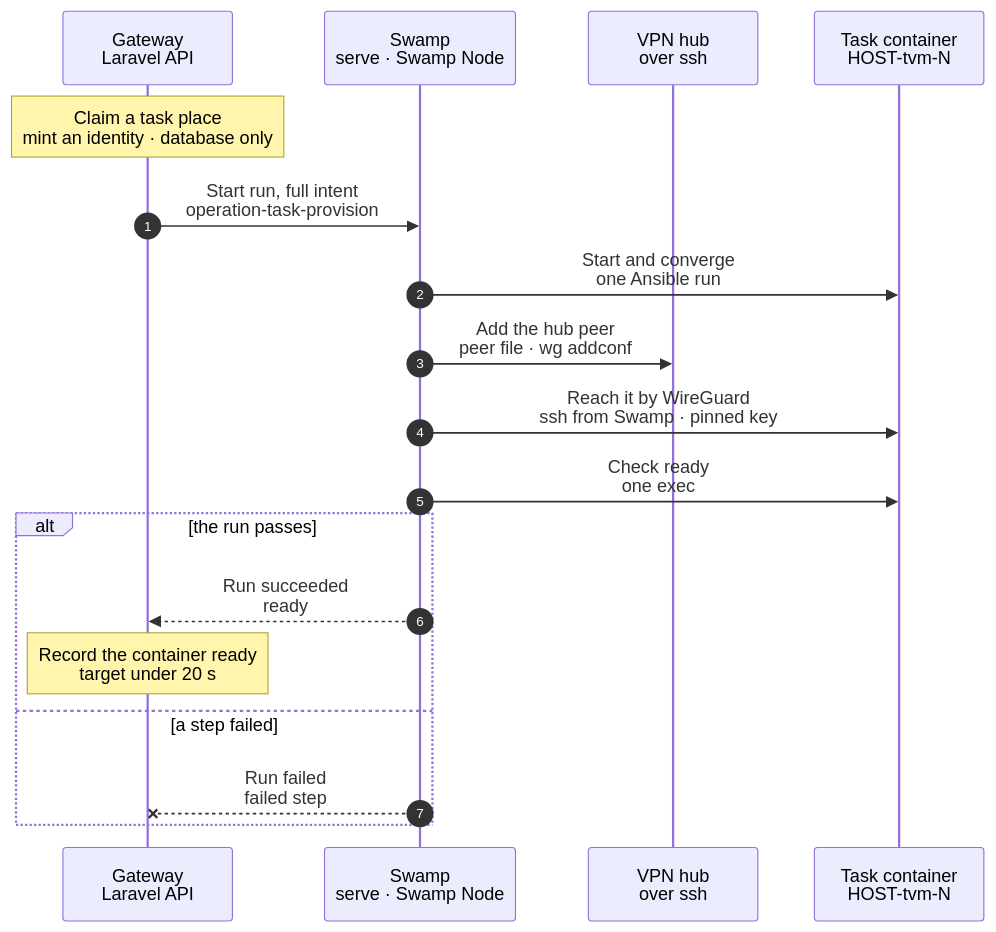
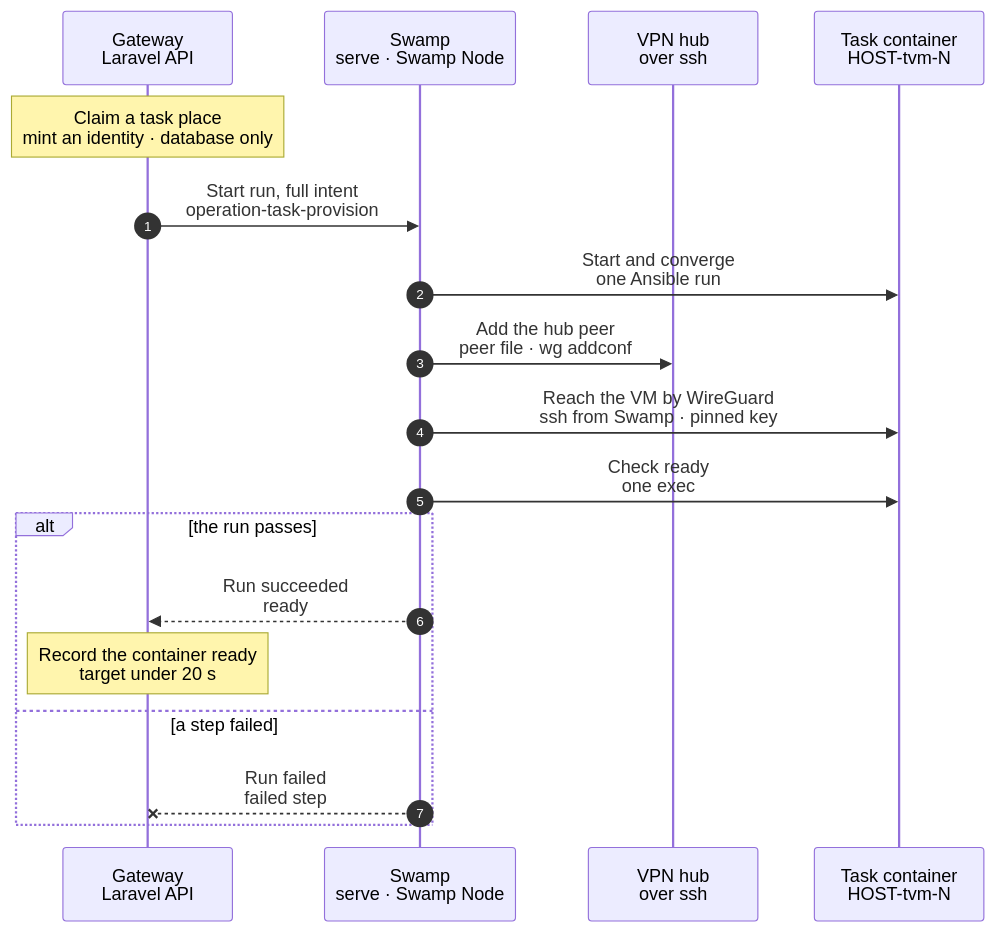
One commit to hardimpactdev/orbit changed the diagram in docs/cli/task/container/start.mmd. Above: the diagram before and after it, drawn with Mermaid. The commit also changed 7 other files, not shown here.

First line of the commit message:
docs: fix the task container spec after its independent review

```diff
--- a/docs/cli/task/container/start.mmd
+++ b/docs/cli/task/container/start.mmd
@@ -1,56 +1,59 @@
 sequenceDiagram
   %% Target design, container runtime (ADR 0250 step 3, docs/reference/task-containers.md): on a host whose `settings.task_vms.runtime` is `container`, a task start copies the host's base container snapshot instead of the base VM snapshot. The workflow and its step names stay those of docs/cli/task/start.mmd; the intent carries `runtime: container`, and the Ansible parts branch on it. The container keeps the task VM's Node identity until ADR 0250 step 6 (open question 1 of docs/solutions/task-container-runtime.md).
   %% status: draft
   %% command: task:start
   %% kind: tasks.provision
   autonumber
   %% lane GW icon=gateway pill=intent tone=blue
   %% lane SW icon=workflow pill=executes tone=green
   %% lane HUB icon=server pill=target tone=purple
-  %% lane TC icon=server pill=task container tone=purple
+  %% lane TC icon=server pill=target tone=purple
   participant GW as Gateway<br/>Laravel API
   participant SW as Swamp<br/>serve · Swamp Node
   participant HUB as VPN hub<br/>over ssh
   participant TC as Task container<br/>HOST-tvm-N
   Note over GW: Claim a task place<br/>mint an identity · database only
   %%> Started by:
   %%> - `task:start` for a todo group, a proof, a build, a fix turn or a review round
   %%> Requirements:
   %%> - a host whose `settings.task_vms.runtime` is `container`, a free place in the pool the request uses, and a base snapshot that a refresh of this runtime promoted on that host
   %%> Result:
   %%> - the same records as a task VM start: the slot `HOST-tvm-N`, the Node with its `app-dev` role, a WireGuard key pair in the reserved range, the agent secret and an SSH host key, pinned on the Node
   %%> - the claim's Pi token and Pi models file in the vault; the models file holds the model router guard origin and the one fixed model key
   %%> - the intent records `runtime: container`; the row keeps it, so the release and the sweep take the same path later
   GW->>SW: Start run, full intent<br/>operation-task-provision
   SW->>TC: Start and converge<br/>one Ansible run
   %%> What it does:
   %%> - one `ansible-playbook` run, two parts, as for a task VM
   %%> - host part on the container host: `incus copy` of the base container's recorded snapshot to `HOST-tvm-N` (a ZFS clone, about 0.5 s); the copy carries the inner Incus with the nested fleet and its `base` snapshots in the inner directory pool, so there is no seed volume to clone
   %%> - it pushes the identity and the claim into the stopped copy with `incus file push` from stdin: the WireGuard key and config, the SSH host key, the agent secret and config, the Pi unit, token and models file; no identity volume and no boot unit that applies one
-  %%> - it sets `limits.cpu`, `limits.memory` and the root disk size of the place, then `incus start`; the outer container boots in about a second, and the nested containers start by themselves
+  %%> - the base enables the tunnel, the agent and the Pi unit with `ConditionPathExists=` on their identity files, so they start at the copy's first boot; Incus sets the hostname from the container's name
+  %%> - it refuses a copy with any device beyond its root disk and NIC, sets `limits.cpu`, `limits.memory`, the root disk size of the place and `boot.autostart=true`, then `incus start`; the outer container boots in about a second, and the nested containers start by themselves
   %%> - converge part over WireGuard: the converge of the release refresh, a no-op on a current base, then the new task branch on the warm checkout; it waits up to 300 s for SSH, polling every second
   %%> Pi:
   %%> - the Pi server binary is in the base; the start only writes the claim's token and models file, and starts the Pi unit on the container's WireGuard address
   SW->>HUB: Add the hub peer<br/>peer file · wg addconf
   %%> Runs beside the step before it: Swamp starts both at once.
   %%> What it does:
   %%> - the container's public key and address on the WireGuard hub; the container's own tunnel goes out through the host bridge as UDP to the hub's public endpoint
-  SW->>TC: Reach it by WireGuard<br/>ssh from Swamp · pinned key
+  SW->>TC: Reach the VM by WireGuard<br/>ssh from Swamp · pinned key
   %%> What it does:
-  %%> - the path every later step takes (workspace, sync, check, turn, script, proof): ssh from a Swamp worker to the container's WireGuard address with its pinned host key; nothing reaches it through the host's Incus
+  %%> - the path every later step takes (sync, check, turn, script, proof): ssh from a Swamp worker to the container's WireGuard address with its pinned host key; the step keeps its VM name, because the workflow is shared
+  %%> Workspace:
+  %%> - the workspace has no steps of its own here: the warm checkout comes with the base, the task branch with the converge, and the Project setup with the baseline check, all over this path
   SW->>TC: Check ready<br/>one exec
   %%> What it does:
-  %%> - one `incus exec` through the host: the agent, the tunnel unit `orbit-wireguard.service`, the Pi unit, a WireGuard handshake with the hub, and the three nested containers `RUNNING`; Swamp's `assert` decides
+  %%> - one `incus exec` through the host: the agent, the tunnel unit `orbit-wireguard.service`, the Pi unit, a handshake on the interface `orbit` (`wg show orbit`), and the three nested containers `RUNNING`; Swamp's `assert` decides
   %%> - the tunnel unit comes from the intent (`slot.tunnel_unit`), so the step is the same for both runtimes
   alt the run passes
     SW-->>GW: Run succeeded<br/>ready
     Note over GW: Record the container ready<br/>target under 20 s
     %%> Result:
     %%> - the group runs on its task container; Doctor, `vm_power` and the stray report treat it as they treat a task VM
     %%> Target:
     %%> - under 20 s from admission: copy 1 s, start and nested autostart under 10 s, a no-op converge about 6 s; the build PR measures it
   else a step failed
     SW--xGW: Run failed<br/>failed step
     %%> On failure:
     %%> - the release runs: the container, the hub peer, the keys and the Node record go, and the place is free
   end
```
